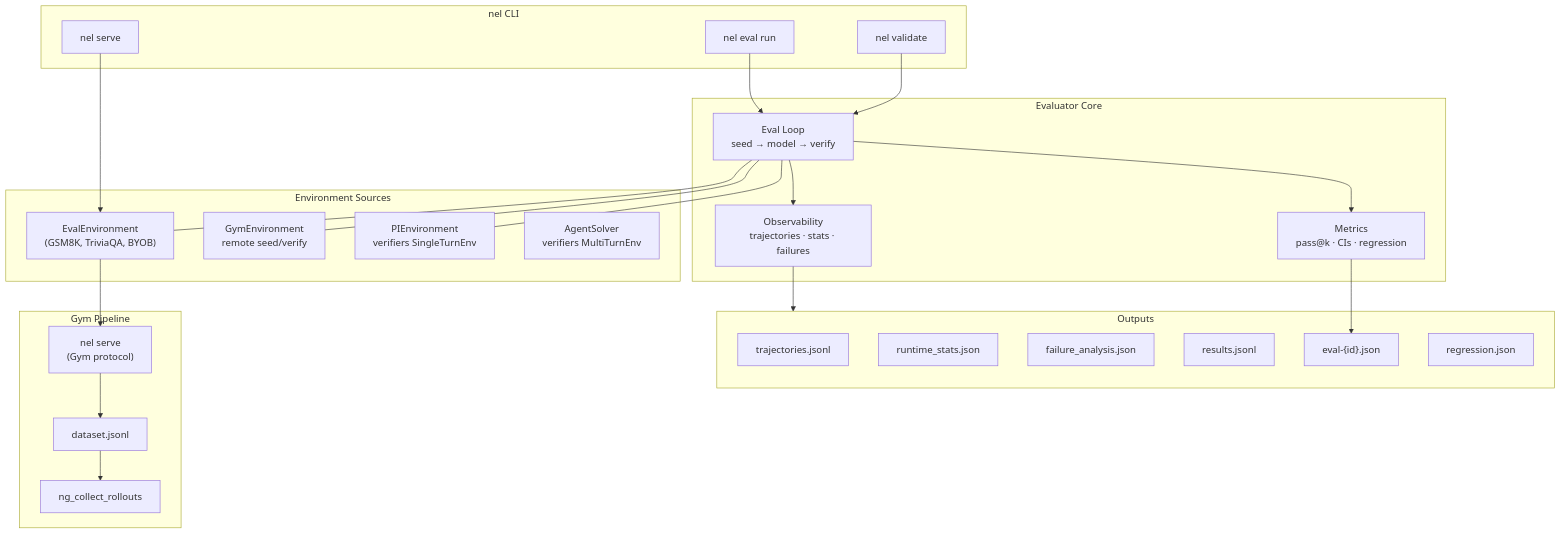
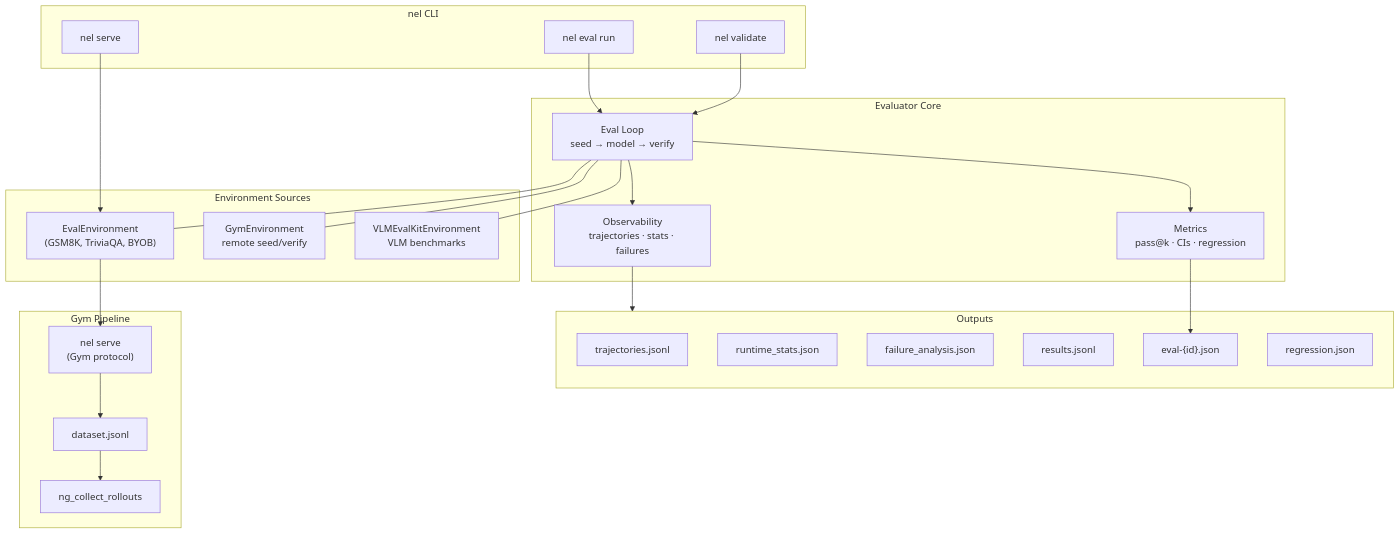
One commit to NVIDIA-NeMo/Evaluator changed the first of 5 diagrams in docs/deployment-patterns.md. Above: the diagram before and after it, drawn with Mermaid. The commit also changed other lines of this file and 91 other files, not shown here.

````diff
--- a/docs/deployment-patterns.md
+++ b/docs/deployment-patterns.md
@@ -5,45 +5,44 @@
 ```{mermaid}
 flowchart TB
     subgraph CLI ["nel CLI"]
         run["nel eval run"]
         serve["nel serve"]
         validate["nel validate"]
     end
 
     subgraph Core ["Evaluator Core"]
         loop["Eval Loop<br/>seed → model → verify"]
         obs["Observability<br/>trajectories · stats · failures"]
         metrics["Metrics<br/>pass@k · CIs · regression"]
     end
 
     subgraph Envs ["Environment Sources"]
         local["EvalEnvironment<br/>(GSM8K, TriviaQA, BYOB)"]
         gym_a["GymEnvironment<br/>remote seed/verify"]
-        pi_a["PIEnvironment<br/>verifiers SingleTurnEnv"]
-        pi_n["AgentSolver<br/>verifiers MultiTurnEnv"]
+        vlmkit["VLMEvalKitEnvironment<br/>VLM benchmarks"]
     end
 
     subgraph Out ["Outputs"]
         traj["trajectories.jsonl"]
         stats["runtime_stats.json"]
         fail["failure_analysis.json"]
         results["results.jsonl"]
         bundle["eval-{id}.json"]
         reg["regression.json"]
     end
 
     subgraph External ["Gym Pipeline"]
         gymserve["nel serve<br/>(Gym protocol)"]
         ng["ng_collect_rollouts"]
         jsonl["dataset.jsonl"]
     end
 
     run --> loop
     validate --> loop
     loop --> obs --> Out
     loop --> metrics --> bundle
-    loop --- local & gym_a & pi_a
+    loop --- local & gym_a & vlmkit
 
     serve --> local
     local --> gymserve --> jsonl --> ng
 ```
````
